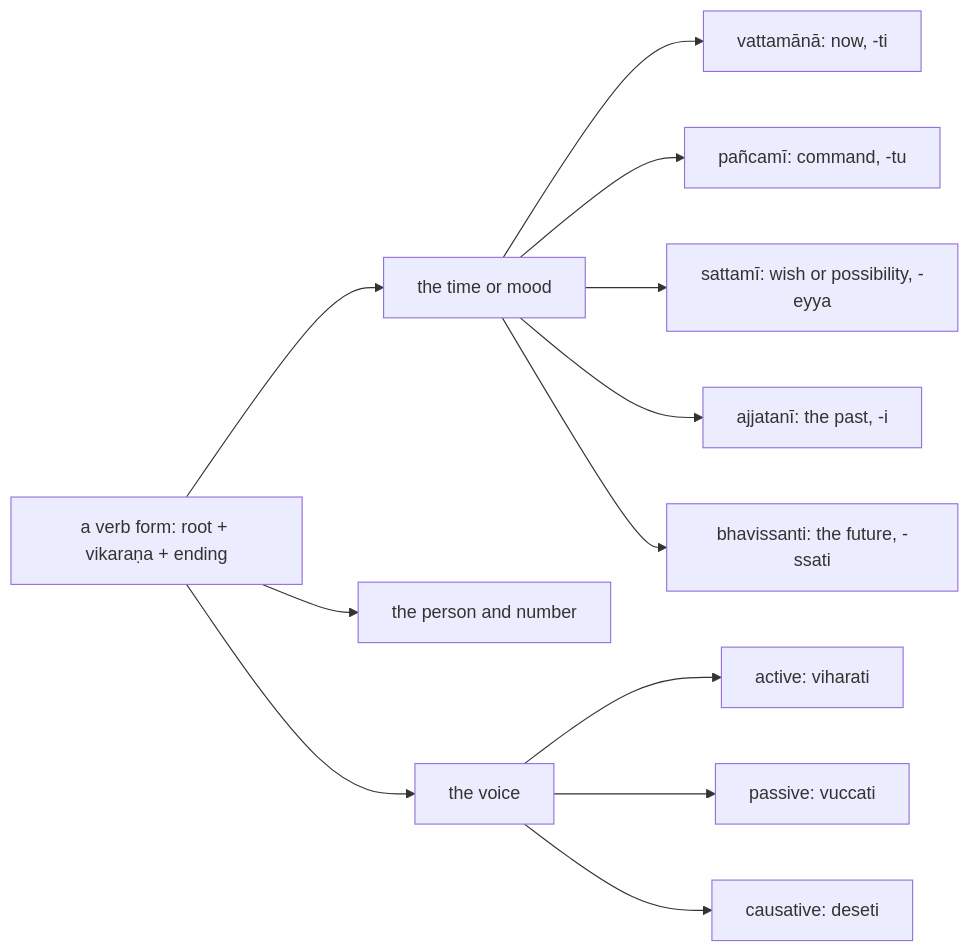
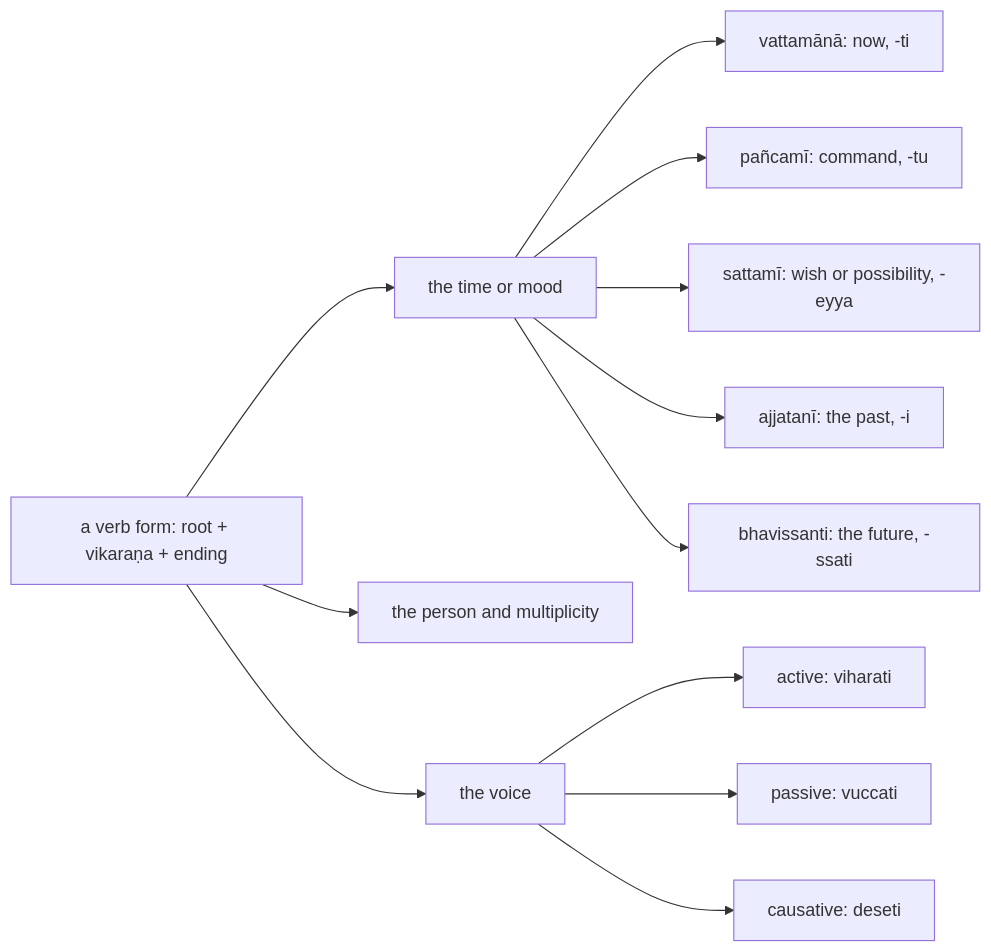
One commit to ChristineTham/buddhavacana changed the first of 2 diagrams in src/content/docs/Pali Textbook/8-0-akhyata.md. Above: the diagram before and after it, drawn with Mermaid. The commit also changed other lines of this file and 48 other files, not shown here.

````diff
--- a/src/content/docs/Pali Textbook/8-0-akhyata.md
+++ b/src/content/docs/Pali Textbook/8-0-akhyata.md
@@ -27,14 +27,14 @@
 ```mermaid
 flowchart LR
   V["a verb form: root + vikaraṇa + ending"] --> T["the time or mood"]
-  V --> P["the person and number"]
+  V --> P["the person and multiplicity"]
   V --> W["the voice"]
   T --> T1["vattamānā: now, -ti"]
   T --> T2["pañcamī: command, -tu"]
   T --> T3["sattamī: wish or possibility, -eyya"]
   T --> T4["ajjatanī: the past, -i"]
   T --> T5["bhavissanti: the future, -ssati"]
   W --> W1["active: viharati"]
   W --> W2["passive: vuccati"]
   W --> W3["causative: deseti"]
 ```
````
